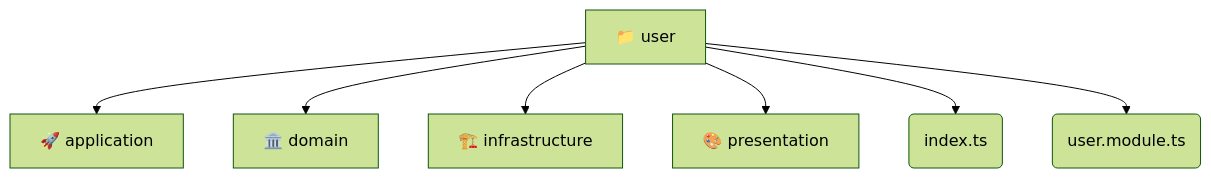
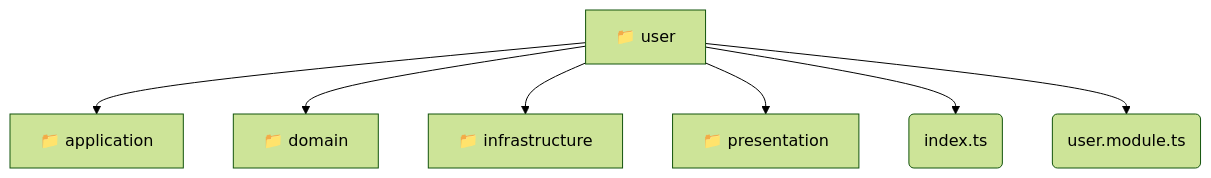
Before and after one commit to beginwebdev2002/fullstack-mavluda: the diagram in backend/src/modules/user/README.md, drawn with Mermaid (forest theme). The commit also changed other lines of this file and 155 other files, not shown here.

````diff
--- a/backend/src/modules/user/README.md
+++ b/backend/src/modules/user/README.md
@@ -9,10 +9,10 @@
 ```mermaid
 graph TD
   user[📁 user]
-  user --> application[🚀 application]
-  user --> domain[🏛️ domain]
-  user --> infrastructure[🏗️ infrastructure]
-  user --> presentation[🎨 presentation]
-  user --> index_ts(index.ts)
-  user --> user_module_ts(user.module.ts)
+  user --> user_application[📁 application]
+  user --> user_domain[📁 domain]
+  user --> user_infrastructure[📁 infrastructure]
+  user --> user_presentation[📁 presentation]
+  user --> user_index_ts(index.ts)
+  user --> user_user_module_ts(user.module.ts)
 ```
````
